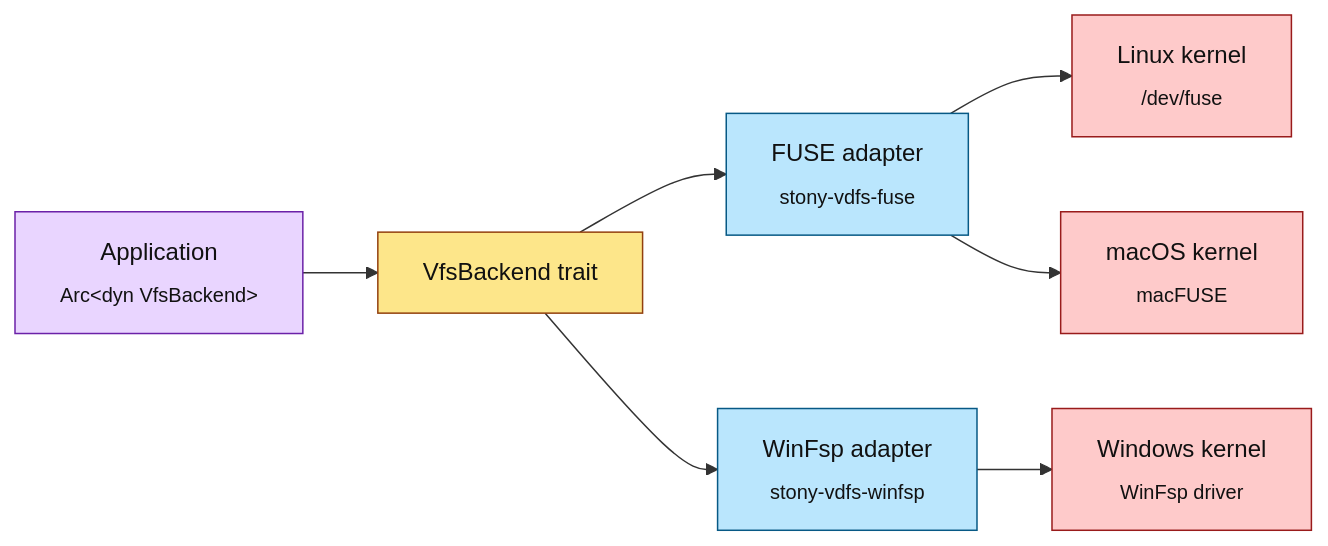
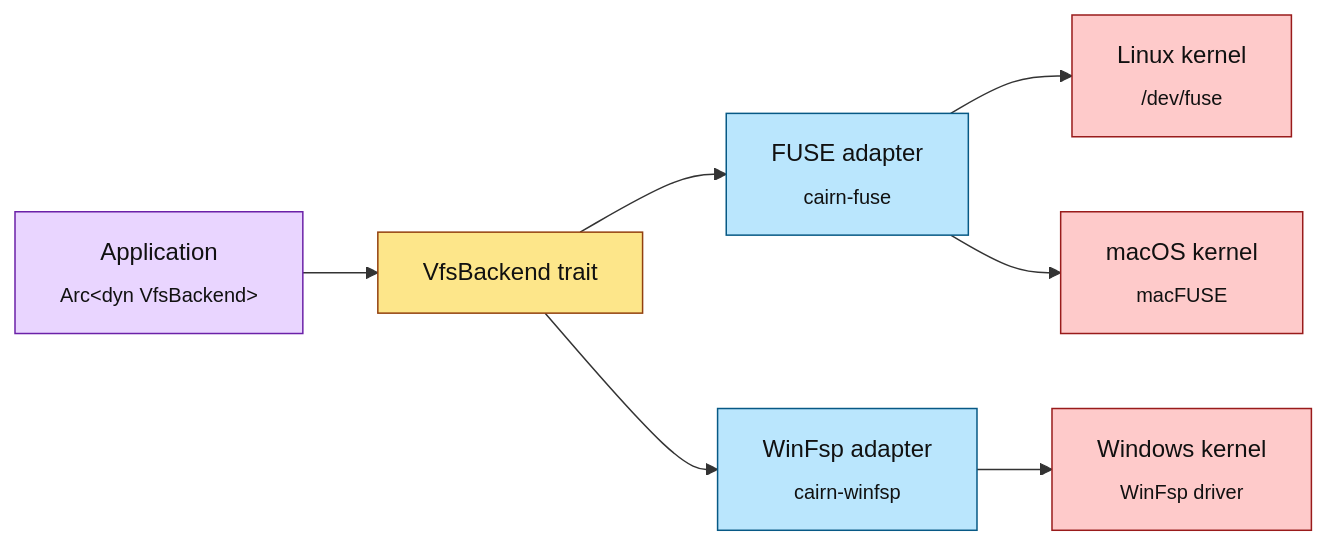
The third of 4 diagrams in ARCHITECTURE.md (stonyp90/diaspor), drawn with Mermaid before and after one commit. The commit also changed other lines of this file and 77 other files, not shown here.

First line of the commit message:
rebrand: stony-vdfs → cairn

````diff
--- a/ARCHITECTURE.md
+++ b/ARCHITECTURE.md
@@ -188,27 +188,27 @@
 ```mermaid
 graph LR
     app["Application<br/><sub>Arc&lt;dyn VfsBackend&gt;</sub>"]
     trait["VfsBackend trait"]
-    fuse["FUSE adapter<br/><sub>stony-vdfs-fuse</sub>"]
-    winfsp["WinFsp adapter<br/><sub>stony-vdfs-winfsp</sub>"]
+    fuse["FUSE adapter<br/><sub>cairn-fuse</sub>"]
+    winfsp["WinFsp adapter<br/><sub>cairn-winfsp</sub>"]
     linuxK["Linux kernel<br/><sub>/dev/fuse</sub>"]
     macK["macOS kernel<br/><sub>macFUSE</sub>"]
     winK["Windows kernel<br/><sub>WinFsp driver</sub>"]
 
     app --> trait
     trait --> fuse
     trait --> winfsp
     fuse --> linuxK
     fuse --> macK
     winfsp --> winK
 
     classDef appCls fill:#e9d5ff,stroke:#6b21a8,color:#111
     classDef traitCls fill:#fde68a,stroke:#92400e,color:#111
     classDef adapterCls fill:#bae6fd,stroke:#075985,color:#111
     classDef kernelCls fill:#fecaca,stroke:#991b1b,color:#111
 
     class app appCls
     class trait traitCls
     class fuse,winfsp adapterCls
     class linuxK,macK,winK kernelCls
 ```
````
